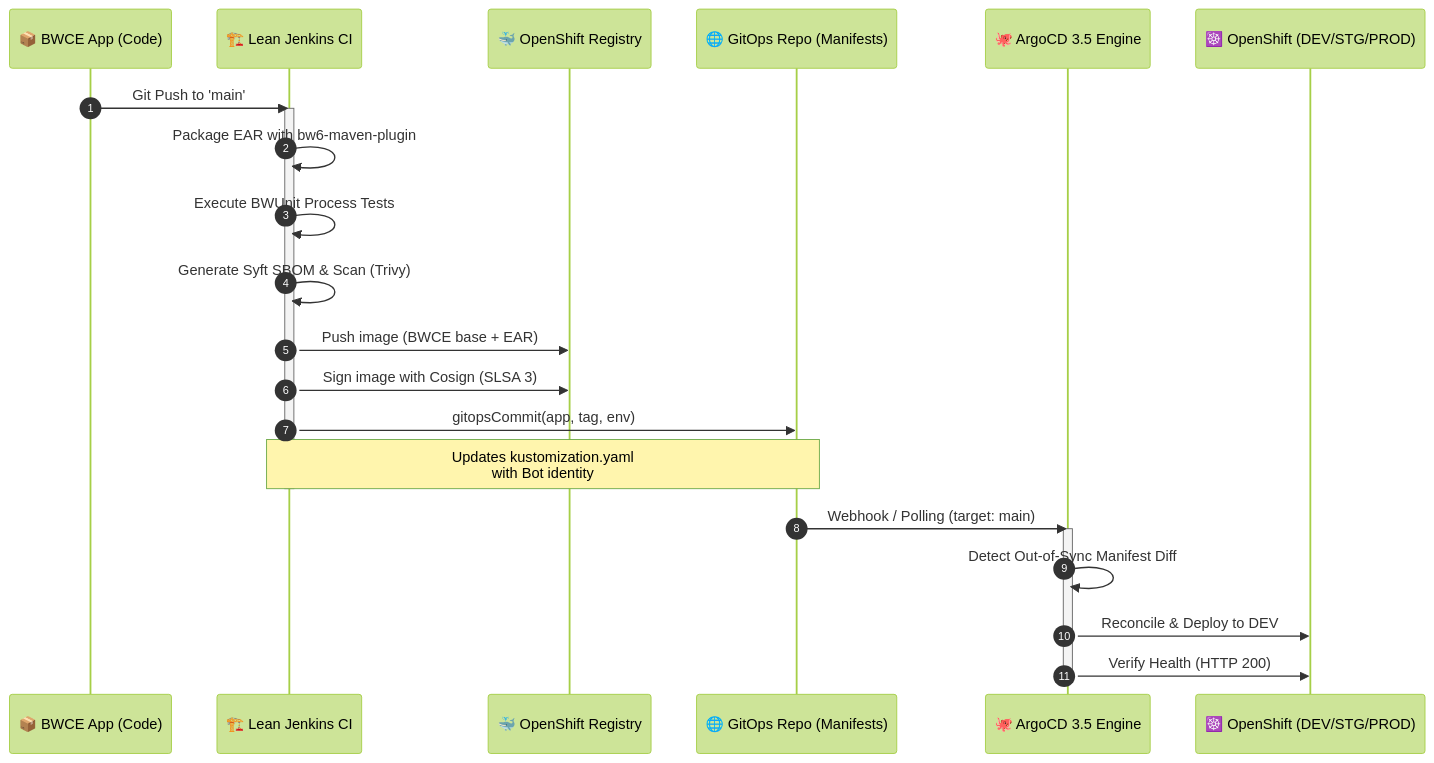
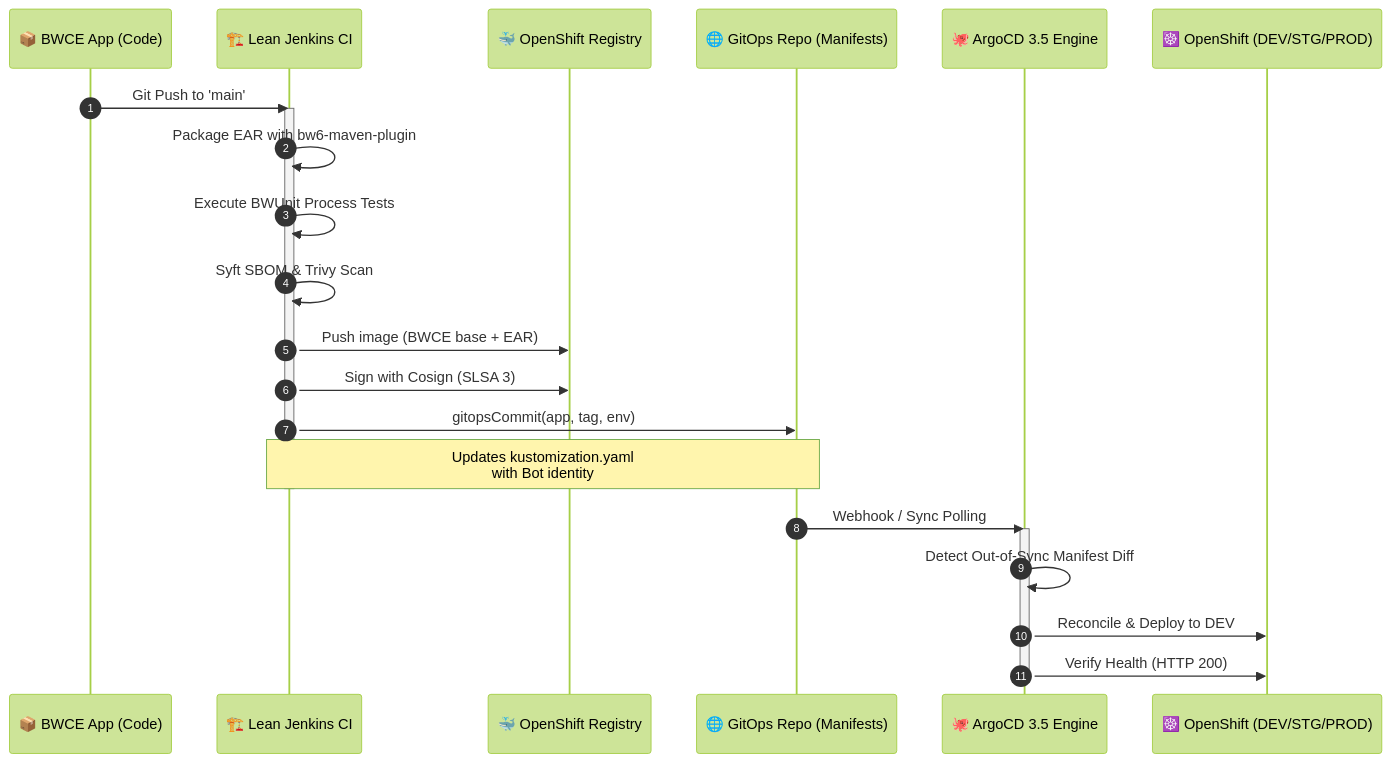
One commit to nubenetes/jenkins-without-git-parameter-bwce changed diagram 11 of 15 in README.md. Above: the diagram before and after it, drawn with Mermaid (forest theme). The commit also changed other lines of this file, not shown here.

Commit message:
fix(mermaid): enforce hard 20-char line limit on all diagram nodes to permanently prevent text clipping on GitHub

````diff
--- a/README.md
+++ b/README.md
@@ -729,29 +728,29 @@
 ```mermaid
 sequenceDiagram
     autonumber
     participant GitApp as 📦 BWCE App (Code)
     participant Jenkins as 🏗️ Lean Jenkins CI
     participant Registry as 🐳 OpenShift Registry
     participant GitOps as 🌐 GitOps Repo (Manifests)
     participant ArgoCD as 🐙 ArgoCD 3.5 Engine
     participant OCP as ☸️ OpenShift (DEV/STG/PROD)
 
     GitApp->>Jenkins: Git Push to 'main'
     activate Jenkins
     Jenkins->>Jenkins: Package EAR with bw6-maven-plugin
     Jenkins->>Jenkins: Execute BWUnit Process Tests
-    Jenkins->>Jenkins: Generate Syft SBOM & Scan (Trivy)
+    Jenkins->>Jenkins: Syft SBOM & Trivy Scan
     Jenkins->>Registry: Push image (BWCE base + EAR)
-    Jenkins->>Registry: Sign image with Cosign (SLSA 3)
+    Jenkins->>Registry: Sign with Cosign (SLSA 3)
     
     Jenkins->>GitOps: gitopsCommit(app, tag, env)
     Note over Jenkins,GitOps: Updates kustomization.yaml<br/>with Bot identity
     deactivate Jenkins
 
-    GitOps->>ArgoCD: Webhook / Polling (target: main)
+    GitOps->>ArgoCD: Webhook / Sync Polling
     activate ArgoCD
     ArgoCD->>ArgoCD: Detect Out-of-Sync Manifest Diff
     ArgoCD->>OCP: Reconcile & Deploy to DEV
     ArgoCD->>OCP: Verify Health (HTTP 200)
     deactivate ArgoCD
 ```
````
